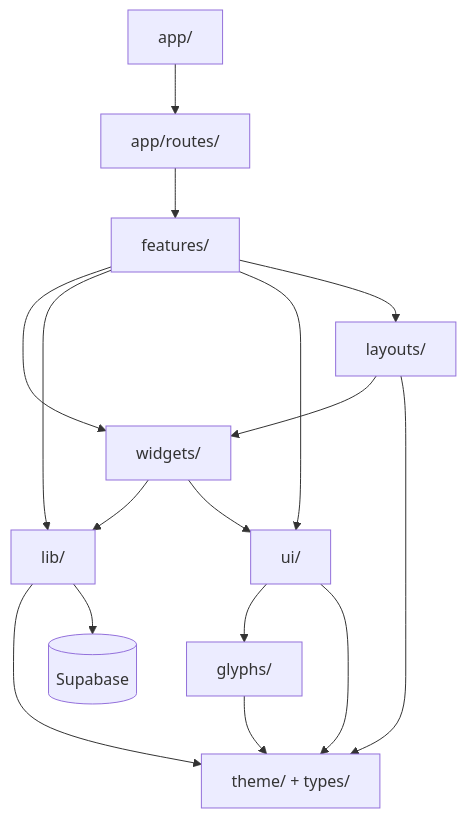
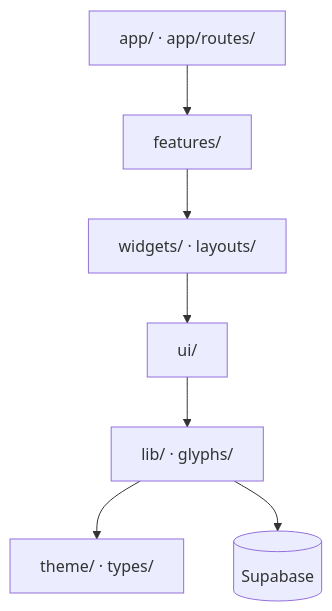
One commit to nbhansen/Talrum changed the diagram in README.md. Above: the diagram before and after it, drawn with Mermaid. The commit also changed other lines of this file, not shown here.

First line of the commit message:
docs: collapse the README architecture section to one diagram + one table (#335)

````diff
--- a/README.md
+++ b/README.md
@@ -56,28 +58,9 @@
 ```mermaid
 flowchart TD
-    app[app/]
-    routes[app/routes/]
-    features[features/]
-    widgets[widgets/]
-    lib[lib/]
-    ui[ui/]
-    glyphs[glyphs/]
-    layouts[layouts/]
-    base[theme/ + types/]
-    sb[(Supabase)]
-
-    app --> routes --> features
-    features --> widgets
-    features --> lib
-    features --> ui
-    features --> layouts
-    widgets --> lib
-    widgets --> ui
-    layouts --> widgets
-    ui --> glyphs
-    glyphs --> base
-    lib --> base
-    ui --> base
-    layouts --> base
-    lib --> sb
+    app["app/ · app/routes/"] --> features["features/"]
+    features --> shared["widgets/ · layouts/"]
+    shared --> ui["ui/"]
+    ui --> lib["lib/ · glyphs/"]
+    lib --> tokens["theme/ · types/"]
+    lib --> supa[(Supabase)]
 ```
````
